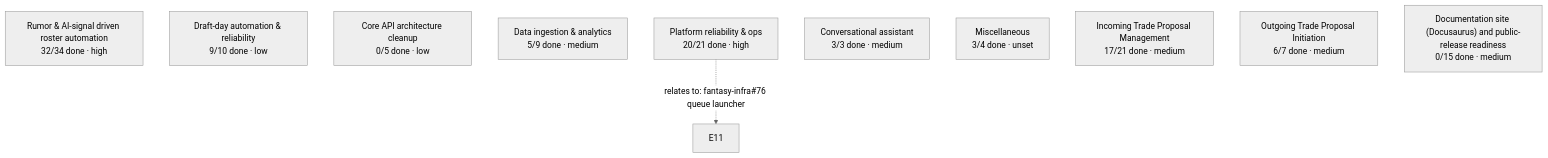
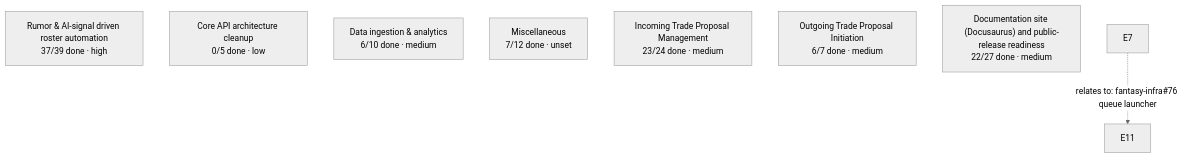
The diagram in docs/overview/project-map.md (cvillarr23/fantasy-project), drawn with Mermaid (neutral theme) before and after one commit. The commit also changed other lines of this file, not shown here.

Commit message:
Regenerate project map

````diff
--- a/docs/overview/project-map.md
+++ b/docs/overview/project-map.md
@@ -13,14 +13,11 @@
 ```mermaid
 flowchart TD
-    E3["Rumor & AI-signal driven roster automation<br/>32/34 done &middot; high"]
-    E4["Draft-day automation & reliability<br/>9/10 done &middot; low"]
+    E3["Rumor & AI-signal driven roster automation<br/>37/39 done &middot; high"]
     E5["Core API architecture cleanup<br/>0/5 done &middot; low"]
-    E6["Data ingestion & analytics<br/>5/9 done &middot; medium"]
-    E7["Platform reliability & ops<br/>20/21 done &middot; high"]
-    E8["Conversational assistant<br/>3/3 done &middot; medium"]
-    E10["Miscellaneous<br/>3/4 done &middot; unset"]
-    E12["Incoming Trade Proposal Management<br/>17/21 done &middot; medium"]
+    E6["Data ingestion & analytics<br/>6/10 done &middot; medium"]
+    E10["Miscellaneous<br/>7/12 done &middot; unset"]
+    E12["Incoming Trade Proposal Management<br/>23/24 done &middot; medium"]
     E13["Outgoing Trade Proposal Initiation<br/>6/7 done &middot; medium"]
-    E19["Documentation site (Docusaurus) and public-release readiness<br/>0/15 done &middot; medium"]
+    E19["Documentation site (Docusaurus) and public-release readiness<br/>22/27 done &middot; medium"]
     E7 -.->|relates to: fantasy-infra#76 queue launcher| E11
 ```
````
